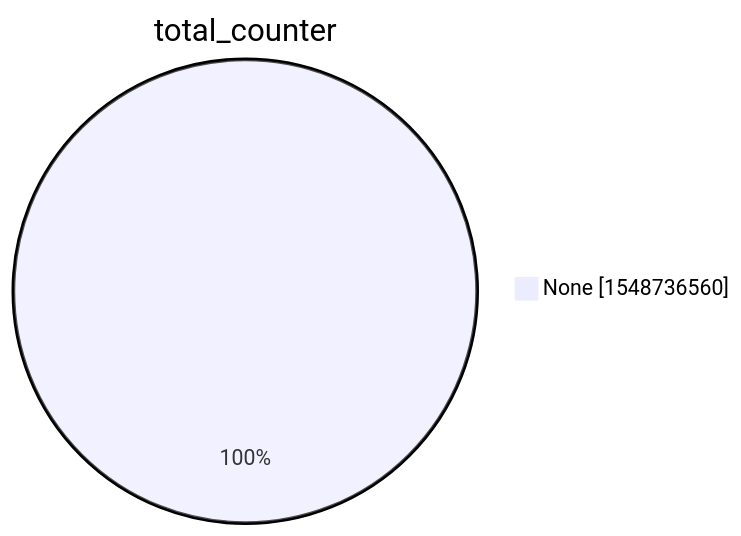
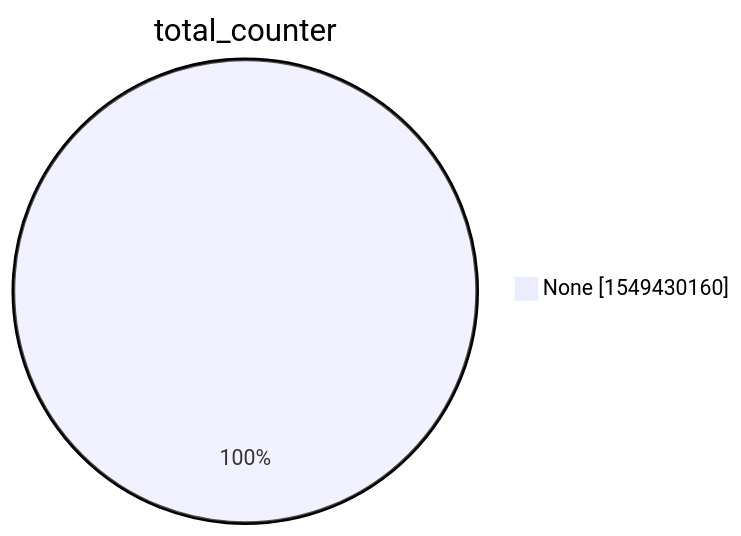
Before and after one commit to christiankrug/ctmonitor_visualization: the second of 15 diagrams in xenon2022/README.md, drawn with Mermaid. The commit also changed other lines of this file, not shown here.

````diff
--- a/xenon2022/README.md
+++ b/xenon2022/README.md
@@ -9,5 +9,5 @@
 ```mermaid
 pie showData
 title total_counter
-"None" :1548736560
+"None" :1549430160
 ```
````
